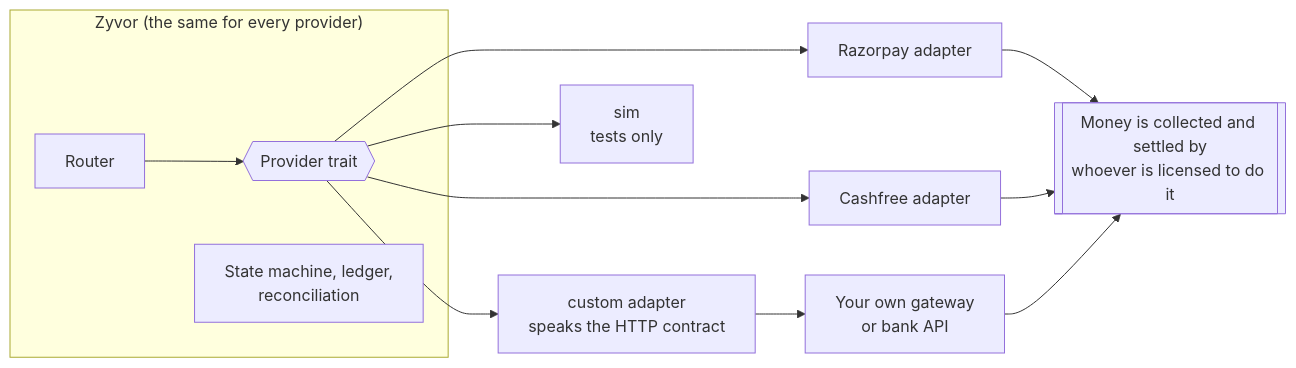
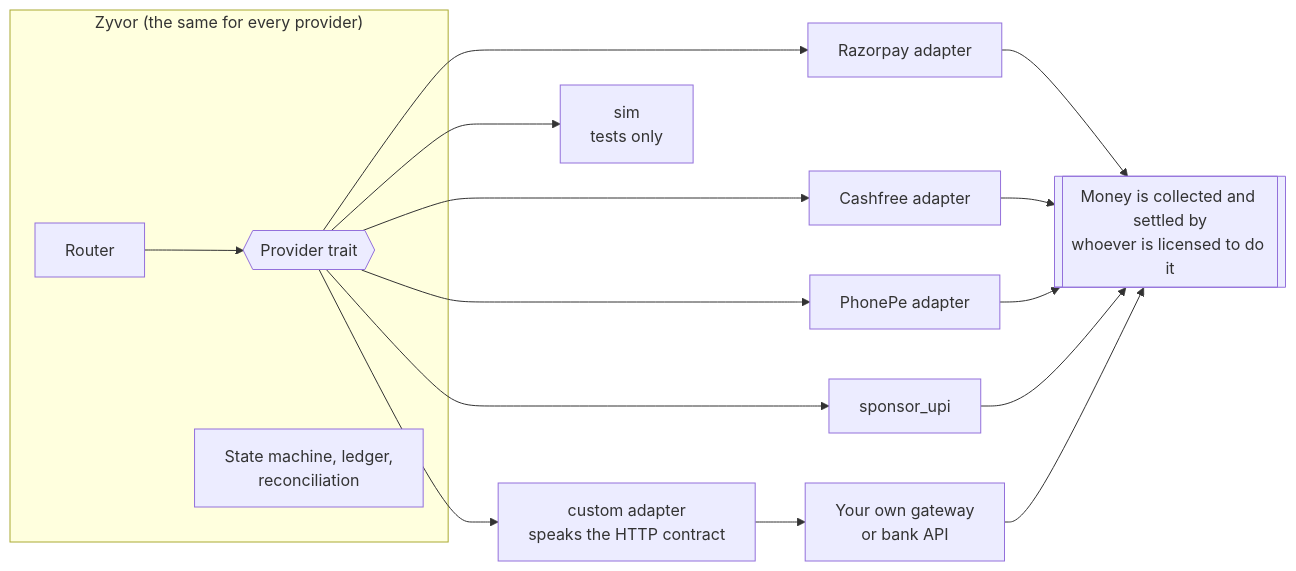
Before and after one commit to zyvorai/vayora: the diagram in docs/zyvor/BRING_YOUR_OWN_PROVIDER.md, drawn with Mermaid. The commit also changed other lines of this file and 47 other files, not shown here.

````diff
--- a/docs/zyvor/BRING_YOUR_OWN_PROVIDER.md
+++ b/docs/zyvor/BRING_YOUR_OWN_PROVIDER.md
@@ -18,15 +20,19 @@
 ```mermaid
 flowchart LR
   subgraph Z["Zyvor (the same for every provider)"]
     R[Router] --> T{{"Provider trait"}}
     S["State machine, ledger,<br/>reconciliation"]
   end
   T --> RZ[Razorpay adapter]
   T --> CF[Cashfree adapter]
+  T --> PP[PhonePe adapter]
+  T --> SU[sponsor_upi]
   T --> CU["custom adapter<br/>speaks the HTTP contract"]
   T --> SIM["sim<br/>tests only"]
   CU --> YG["Your own gateway<br/>or bank API"]
   RZ --> M[["Money is collected and settled by<br/>whoever is licensed to do it"]]
   CF --> M
+  PP --> M
+  SU --> M
   YG --> M
 ```
````
